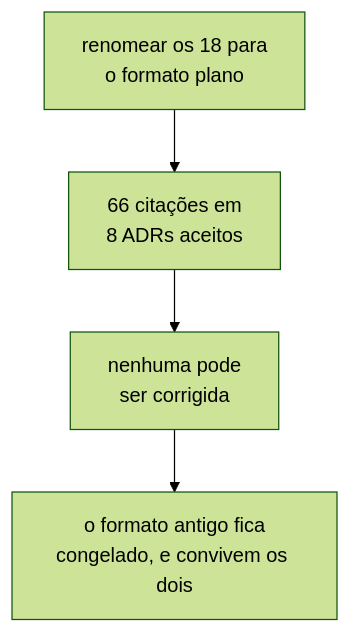
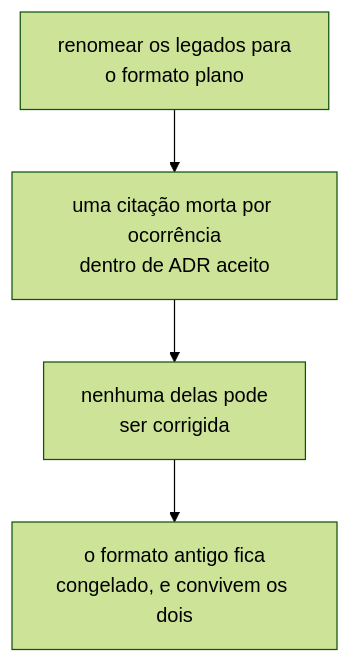
Before and after one commit to da0hn/distributed-systems-experiment-lab: the second of 2 diagrams in docs/questions/README.md, drawn with Mermaid (forest theme). The commit also changed other lines of this file and 58 other files, not shown here.

````diff
--- a/docs/questions/README.md
+++ b/docs/questions/README.md
@@ -46,6 +114,6 @@
 ```mermaid
 flowchart TD
-    R["renomear os 18 para<br/>o formato plano"] --> D["66 citações em<br/>8 ADRs aceitos"]
-    D --> I["nenhuma pode<br/>ser corrigida"]
+    R["renomear os legados para<br/>o formato plano"] --> D["uma citação morta por ocorrência<br/>dentro de ADR aceito"]
+    D --> I["nenhuma delas pode<br/>ser corrigida"]
     I --> C["o formato antigo fica<br/>congelado, e convivem os dois"]
 ```
````
